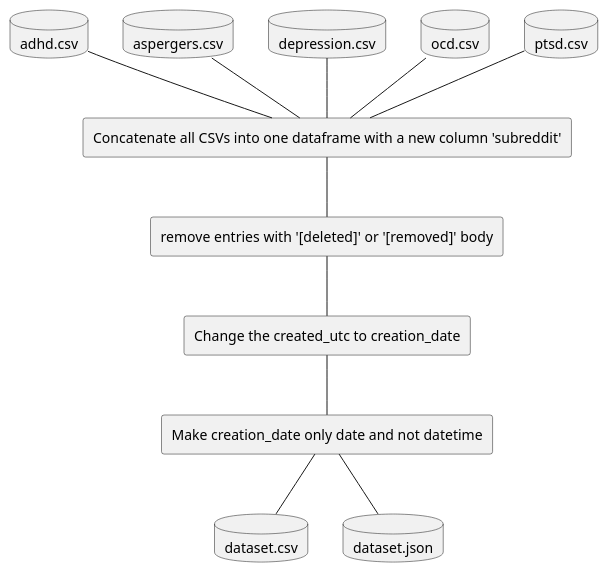
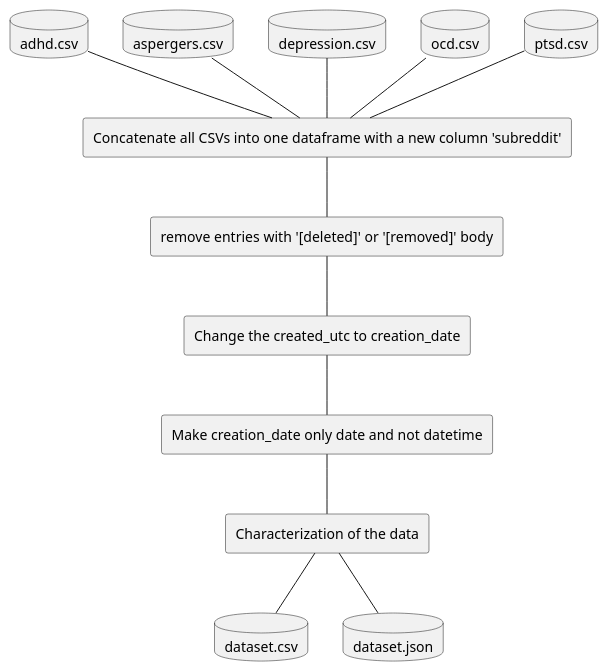
The diagram in pipeline.plantuml (vasco-oliv/PRI_T08_G82), drawn with PlantUML before and after one commit. The commit also changed 1 other file, not shown here.

Commit message:
Fixed Pipeline and added a simple template solr_schema

```diff
--- a/pipeline.plantuml
+++ b/pipeline.plantuml
@@ -1,45 +1,49 @@
 @startuml pipeline
 
 
-' Two database elements side by side
+'Two database elements side by side
 database "adhd.csv" as ADHDCsv {
 }
 database "aspergers.csv" as AspergersCsv {
 }
 database "depression.csv" as DepressionCsv {
 }
 database "ocd.csv" as OCDCsv {
 }
 database "ptsd.csv" as PTSDCsv {
 }
 
 rectangle "Concatenate all CSVs into one dataframe with a new column 'subreddit'" as Concatenate
 
 ADHDCsv -- Concatenate
 AspergersCsv -- Concatenate
 DepressionCsv -- Concatenate
 OCDCsv -- Concatenate
 PTSDCsv -- Concatenate
 
 rectangle "remove entries with '[deleted]' or '[removed]' body" as RemoveDeleted
 
 Concatenate -- RemoveDeleted
 
 rectangle "Change the created_utc to creation_date" as ChangeColumn
 
 RemoveDeleted -- ChangeColumn
 
 rectangle "Make creation_date only date and not datetime" as RemoveTime
 
 ChangeColumn -- RemoveTime
 
+rectangle "Characterization of the data" as Characterization
+
+RemoveTime -- Characterization
+
 database "dataset.csv" as DatasetCSV {
 }
 
 database "dataset.json" as DatasetJSON {
 }
 
-RemoveTime -- DatasetCSV
-RemoveTime -- DatasetJSON
+Characterization -- DatasetCSV
+Characterization -- DatasetJSON
 
 @enduml
```
